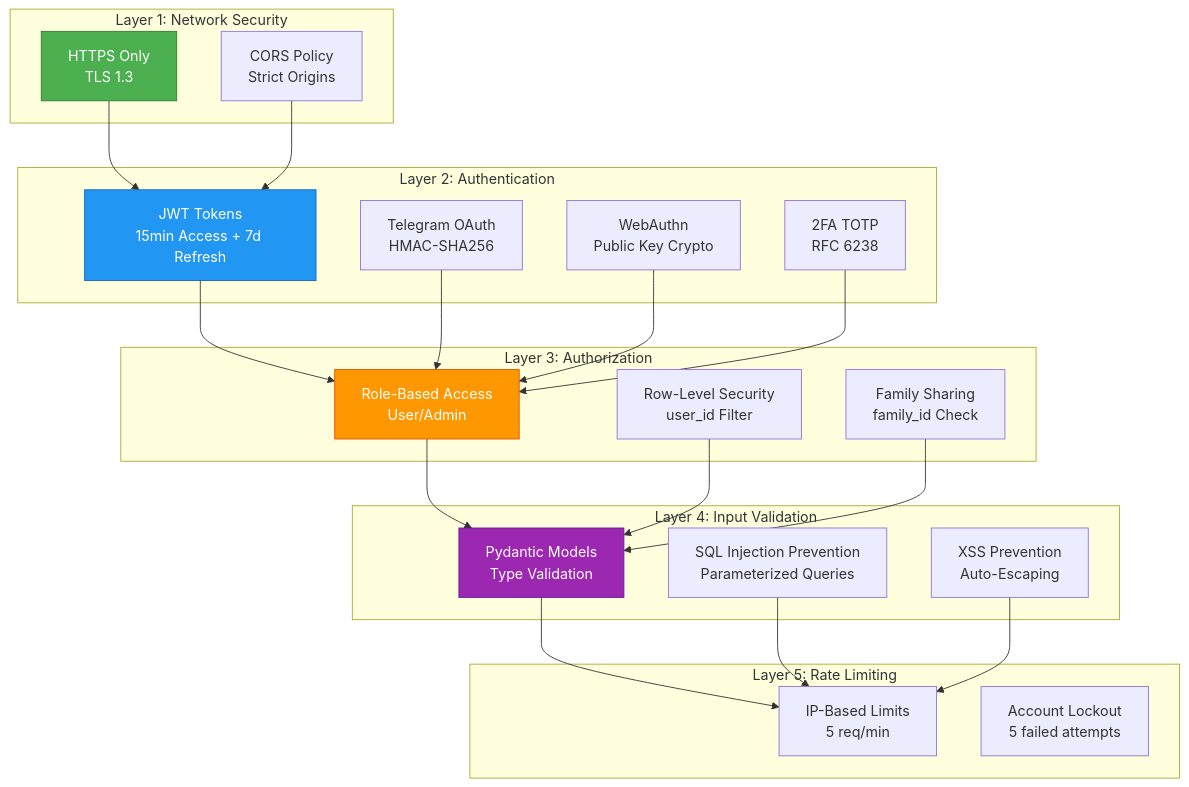
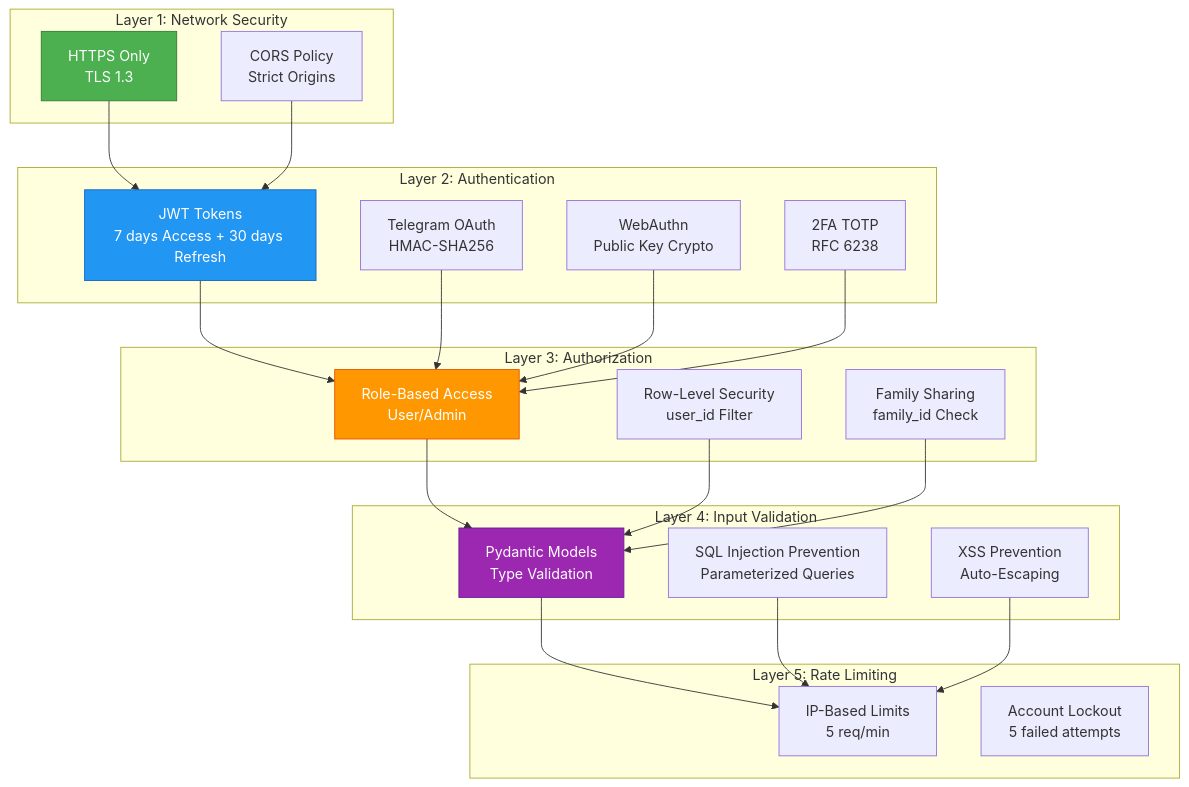
One commit to ikeniborn/familyBudget changed the third of 3 diagrams in docs/diagrams/06-backend-api.md. Above: the diagram before and after it, drawn with Mermaid. The commit also changed other lines of this file and 9 other files, not shown here.

First line of the commit message:
fix(docs/diagrams): correct critical data errors (priority 1)

````diff
--- a/docs/diagrams/06-backend-api.md
+++ b/docs/diagrams/06-backend-api.md
@@ -117,51 +117,51 @@
 ```mermaid
 graph TB
     subgraph "Layer 1: Network Security"
-        HTTPS[HTTPS Only<br/>TLS 1.3]
-        CORS_Policy[CORS Policy<br/>Strict Origins]
+        HTTPS[HTTPS Only<br>TLS 1.3]
+        CORS_Policy[CORS Policy<br>Strict Origins]
     end
 
     subgraph "Layer 2: Authentication"
-        JWT[JWT Tokens<br/>15min Access + 7d Refresh]
-        OAuth[Telegram OAuth<br/>HMAC-SHA256]
-        WebAuthn_Sec[WebAuthn<br/>Public Key Crypto]
-        TwoFA[2FA TOTP<br/>RFC 6238]
+        JWT[JWT Tokens<br>7 days Access + 30 days Refresh]
+        OAuth[Telegram OAuth<br>HMAC-SHA256]
+        WebAuthn_Sec[WebAuthn<br>Public Key Crypto]
+        TwoFA[2FA TOTP<br>RFC 6238]
     end
 
     subgraph "Layer 3: Authorization"
-        RBAC[Role-Based Access<br/>User/Admin]
-        RowLevelSec[Row-Level Security<br/>user_id Filter]
-        FamilyAccess[Family Sharing<br/>family_id Check]
+        RBAC[Role-Based Access<br>User/Admin]
+        RowLevelSec[Row-Level Security<br>user_id Filter]
+        FamilyAccess[Family Sharing<br>family_id Check]
     end
 
     subgraph "Layer 4: Input Validation"
-        Pydantic[Pydantic Models<br/>Type Validation]
-        SQLInjection[SQL Injection Prevention<br/>Parameterized Queries]
-        XSS[XSS Prevention<br/>Auto-Escaping]
+        Pydantic[Pydantic Models<br>Type Validation]
+        SQLInjection[SQL Injection Prevention<br>Parameterized Queries]
+        XSS[XSS Prevention<br>Auto-Escaping]
     end
 
     subgraph "Layer 5: Rate Limiting"
-        IPLimit[IP-Based Limits<br/>5 req/min]
-        AccountLockout[Account Lockout<br/>5 failed attempts]
+        IPLimit[IP-Based Limits<br>5 req/min]
+        AccountLockout[Account Lockout<br>5 failed attempts]
     end
 
     HTTPS --> JWT
     CORS_Policy --> JWT
     JWT --> RBAC
     OAuth --> RBAC
     WebAuthn_Sec --> RBAC
     TwoFA --> RBAC
 
     RBAC --> Pydantic
     RowLevelSec --> Pydantic
     FamilyAccess --> Pydantic
 
     Pydantic --> IPLimit
     SQLInjection --> IPLimit
     XSS --> IPLimit
 
     style HTTPS fill:#4CAF50,stroke:#2E7D32,color:#fff
     style JWT fill:#2196F3,stroke:#1565C0,color:#fff
     style RBAC fill:#FF9800,stroke:#E65100,color:#fff
     style Pydantic fill:#9C27B0,stroke:#6A1B9A,color:#fff
 ```
````
